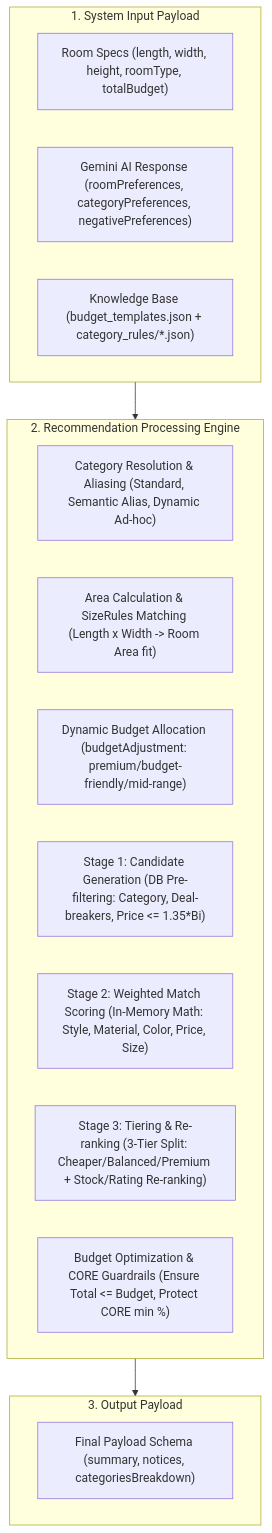
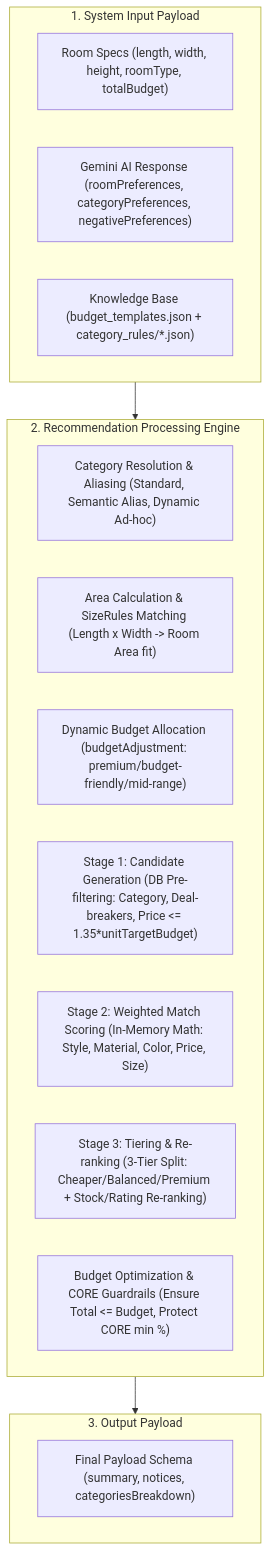
Before and after one commit to MoIbrahim2/SmartSpaceAI: the diagram in back-end/doc/RECOMMENDATION_ENGINE_SPEC.md, drawn with Mermaid. The commit also changed other lines of this file and 24 other files, not shown here.

````diff
--- a/back-end/doc/RECOMMENDATION_ENGINE_SPEC.md
+++ b/back-end/doc/RECOMMENDATION_ENGINE_SPEC.md
@@ -20,24 +20,24 @@
 ```mermaid
 flowchart TD
     subgraph Inputs["1. System Input Payload"]
         I1["Room Specs (length, width, height, roomType, totalBudget)"]
         I2["Gemini AI Response (roomPreferences, categoryPreferences, negativePreferences)"]
         I3["Knowledge Base (budget_templates.json + category_rules/*.json)"]
     end
 
     subgraph Processing["2. Recommendation Processing Engine"]
         P1["Category Resolution & Aliasing (Standard, Semantic Alias, Dynamic Ad-hoc)"]
         P2["Area Calculation & SizeRules Matching (Length x Width -> Room Area fit)"]
         P3["Dynamic Budget Allocation (budgetAdjustment: premium/budget-friendly/mid-range)"]
-        P4["Stage 1: Candidate Generation (DB Pre-filtering: Category, Deal-breakers, Price <= 1.35*Bi)"]
+        P4["Stage 1: Candidate Generation (DB Pre-filtering: Category, Deal-breakers, Price <= 1.35*unitTargetBudget)"]
         P5["Stage 2: Weighted Match Scoring (In-Memory Math: Style, Material, Color, Price, Size)"]
         P6["Stage 3: Tiering & Re-ranking (3-Tier Split: Cheaper/Balanced/Premium + Stock/Rating Re-ranking)"]
         P7["Budget Optimization & CORE Guardrails (Ensure Total <= Budget, Protect CORE min %)"]
     end
 
     subgraph Outputs["3. Output Payload"]
         O1["Final Payload Schema (summary, notices, categoriesBreakdown)"]
     end
 
     Inputs --> Processing --> Outputs
 ```
````
